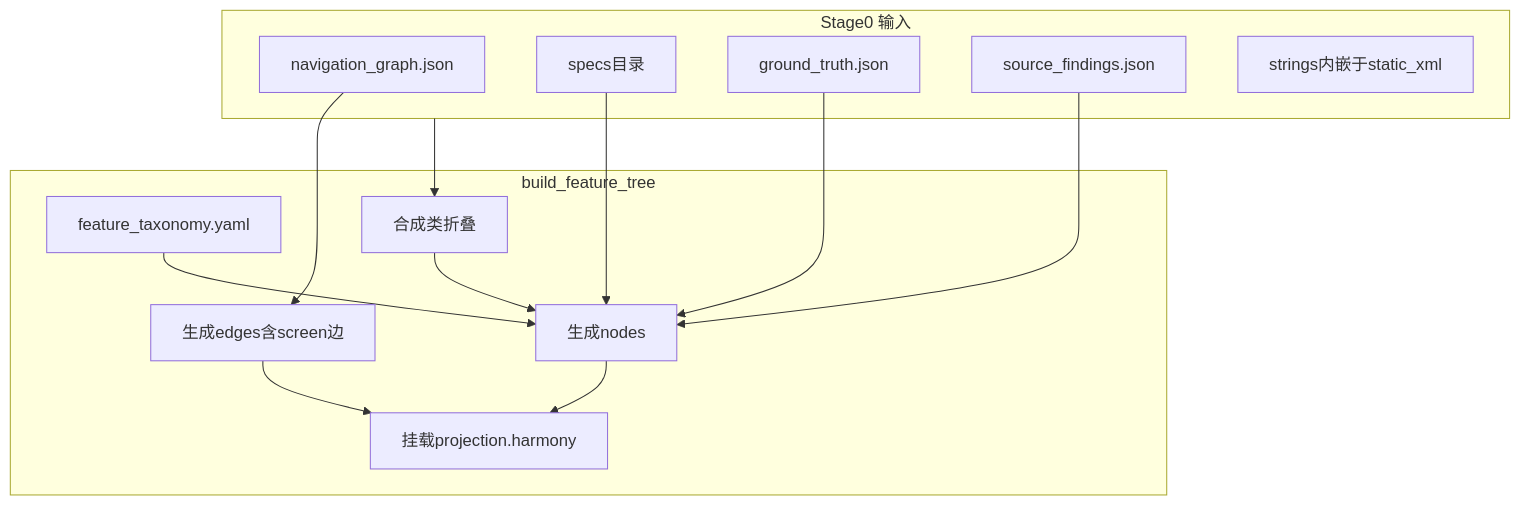
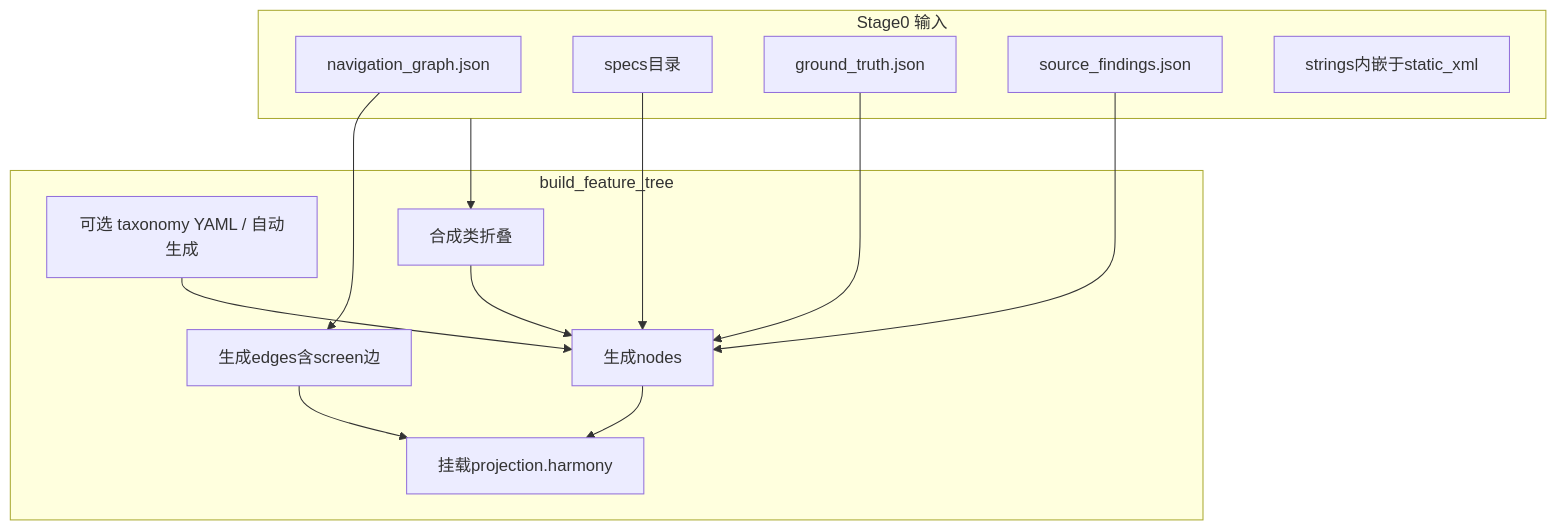
The diagram in docs/FEATURE_TREE_AND_VIEWER_DESIGN.md (Junkang123456/harmony-migration-toolkit), drawn with Mermaid before and after one commit. The commit also changed other lines of this file and 14 other files, not shown here.

````diff
--- a/docs/FEATURE_TREE_AND_VIEWER_DESIGN.md
+++ b/docs/FEATURE_TREE_AND_VIEWER_DESIGN.md
@@ -155,26 +180,26 @@
 ```mermaid
 flowchart TB
   subgraph in [Stage0 输入]
     NAV[navigation_graph.json]
     SPEC[specs目录]
     GT[ground_truth.json]
     SF[source_findings.json]
     STR[strings内嵌于static_xml]
   end
   subgraph build [build_feature_tree]
-    TAX[feature_taxonomy.yaml]
+    TAX[可选 taxonomy YAML / 自动生成]
     COLLAPSE[合成类折叠]
     NODES[生成nodes]
     EDGES[生成edges含screen边]
     PROJ[挂载projection.harmony]
   end
   in --> COLLAPSE
   TAX --> NODES
   COLLAPSE --> NODES
   NAV --> EDGES
   SPEC --> NODES
   GT --> NODES
   SF --> NODES
   NODES --> PROJ
   EDGES --> PROJ
 ```
````
